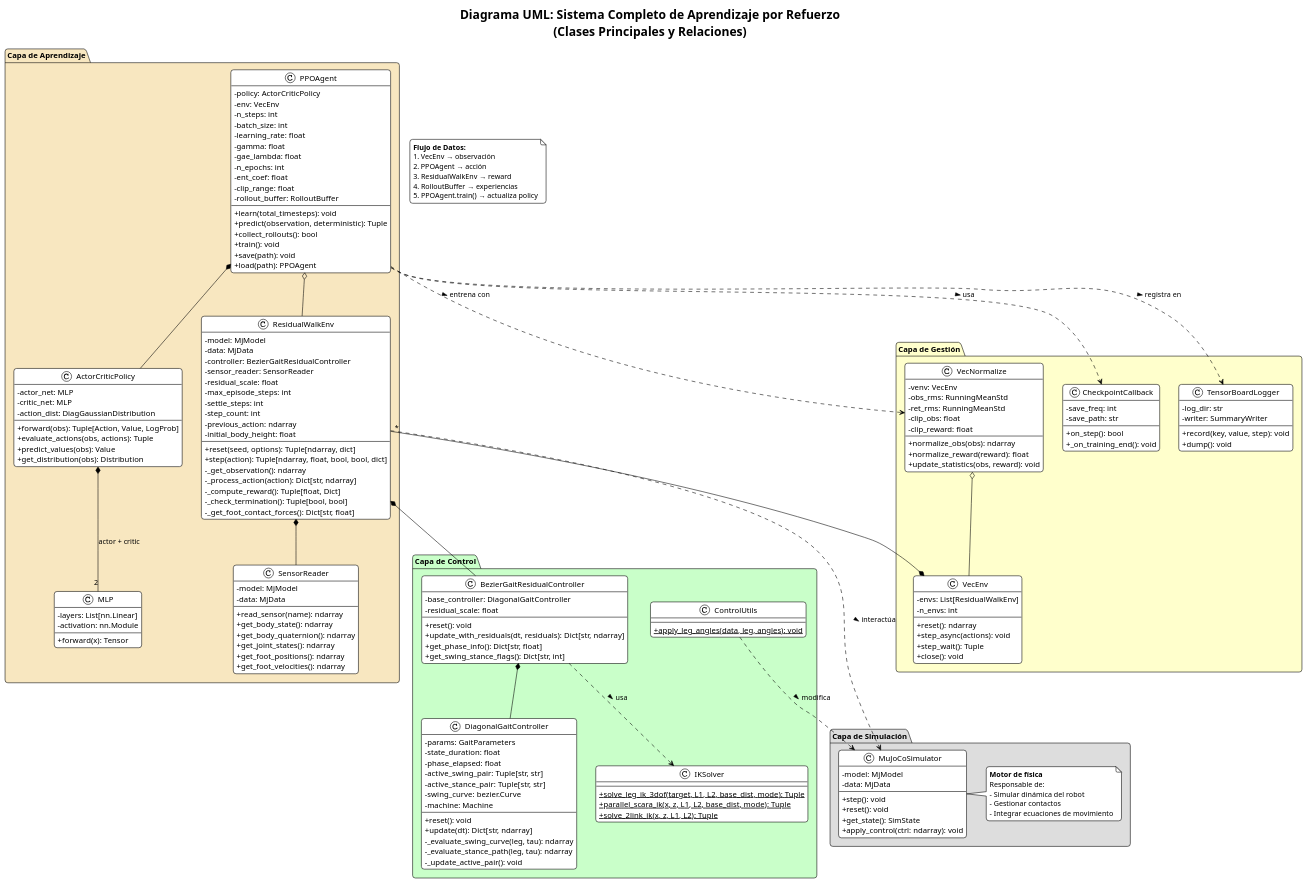
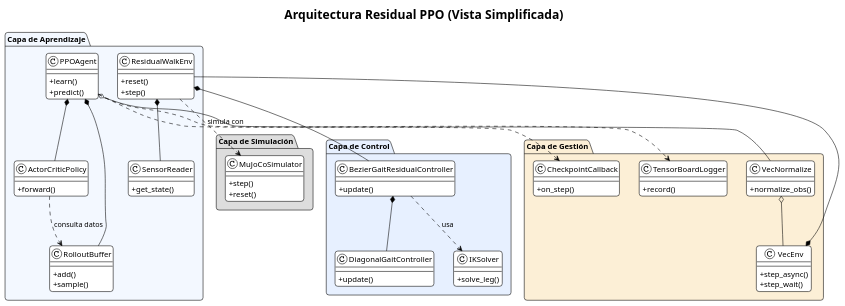
The diagram in uml_diagrams/02_sistema_completo.puml (stm32f303ret6/tesis), drawn with PlantUML before and after one commit. The commit also changed 6 other files, not shown here.

Commit message:
uml resumidos y updated

```diff
--- a/uml_diagrams/02_sistema_completo.puml
+++ b/uml_diagrams/02_sistema_completo.puml
@@ -1,200 +1,88 @@
 @startuml Sistema_Completo_RL
 !theme plain
 skinparam classAttributeIconSize 0
 skinparam roundcorner 10
+skinparam shadowing false
 
-title Diagrama UML: Sistema Completo de Aprendizaje por Refuerzo\n(Clases Principales y Relaciones)
+title Arquitectura Residual PPO (Vista Simplificada)
 
 package "Capa de Simulación" #DDDDDD {
     class MuJoCoSimulator {
-        - model: MjModel
-        - data: MjData
-        --
-        + step(): void
-        + reset(): void
-        + get_state(): SimState
-        + apply_control(ctrl: ndarray): void
+        + step()
+        + reset()
     }
-
-    note right of MuJoCoSimulator
-        **Motor de física**
-        Responsable de:
-        - Simular dinámica del robot
-        - Gestionar contactos
-        - Integrar ecuaciones de movimiento
-    end note
 }
 
-package "Capa de Control" #TECHNOLOGY {
+package "Capa de Control" #E7F0FF {
     class BezierGaitResidualController {
-        - base_controller: DiagonalGaitController
-        - residual_scale: float
-        --
-        + reset(): void
-        + update_with_residuals(dt, residuals): Dict[str, ndarray]
-        + get_phase_info(): Dict[str, float]
-        + get_swing_stance_flags(): Dict[str, int]
+        + update()
     }
 
     class DiagonalGaitController {
-        - params: GaitParameters
-        - state_duration: float
-        - phase_elapsed: float
-        - active_swing_pair: Tuple[str, str]
-        - active_stance_pair: Tuple[str, str]
-        - swing_curve: bezier.Curve
-        - machine: Machine
-        --
-        + reset(): void
-        + update(dt): Dict[str, ndarray]
-        - _evaluate_swing_curve(leg, tau): ndarray
-        - _evaluate_stance_path(leg, tau): ndarray
-        - _update_active_pair(): void
+        + update()
     }
 
     class IKSolver {
-        {static} + solve_leg_ik_3dof(target, L1, L2, base_dist, mode): Tuple
-        {static} + parallel_scara_ik(x, z, L1, L2, base_dist, mode): Tuple
-        {static} + solve_2link_ik(x, z, L1, L2): Tuple
+        + solve_leg()
     }
-
-    class ControlUtils {
-        {static} + apply_leg_angles(data, leg, angles): void
-    }
-
-    BezierGaitResidualController *-- DiagonalGaitController
-    BezierGaitResidualController ..> IKSolver : usa >
-    ControlUtils ..> MuJoCoSimulator : modifica >
 }
 
-package "Capa de Aprendizaje" #STRATEGY {
+package "Capa de Aprendizaje" #F3F8FF {
     class ResidualWalkEnv {
-        - model: MjModel
-        - data: MjData
-        - controller: BezierGaitResidualController
-        - sensor_reader: SensorReader
-        - residual_scale: float
-        - max_episode_steps: int
-        - settle_steps: int
-        - step_count: int
-        - previous_action: ndarray
-        - initial_body_height: float
-        --
-        + reset(seed, options): Tuple[ndarray, dict]
-        + step(action): Tuple[ndarray, float, bool, bool, dict]
-        - _get_observation(): ndarray
-        - _process_action(action): Dict[str, ndarray]
-        - _compute_reward(): Tuple[float, Dict]
-        - _check_termination(): Tuple[bool, bool]
-        - _get_foot_contact_forces(): Dict[str, float]
+        + reset()
+        + step()
     }
 
     class SensorReader {
-        - model: MjModel
-        - data: MjData
-        --
-        + read_sensor(name): ndarray
-        + get_body_state(): ndarray
-        + get_body_quaternion(): ndarray
-        + get_joint_states(): ndarray
-        + get_foot_positions(): ndarray
-        + get_foot_velocities(): ndarray
+        + get_state()
     }
 
     class PPOAgent {
-        - policy: ActorCriticPolicy
-        - env: VecEnv
-        - n_steps: int
-        - batch_size: int
-        - learning_rate: float
-        - gamma: float
-        - gae_lambda: float
-        - n_epochs: int
-        - ent_coef: float
-        - clip_range: float
-        - rollout_buffer: RolloutBuffer
-        --
-        + learn(total_timesteps): void
-        + predict(observation, deterministic): Tuple
-        + collect_rollouts(): bool
-        + train(): void
-        + save(path): void
-        + load(path): PPOAgent
+        + learn()
+        + predict()
     }
 
     class ActorCriticPolicy {
-        - actor_net: MLP
-        - critic_net: MLP
-        - action_dist: DiagGaussianDistribution
-        --
-        + forward(obs): Tuple[Action, Value, LogProb]
-        + evaluate_actions(obs, actions): Tuple
-        + predict_values(obs): Value
-        + get_distribution(obs): Distribution
+        + forward()
     }
 
-    class MLP {
-        - layers: List[nn.Linear]
-        - activation: nn.Module
-        --
-        + forward(x): Tensor
+    class RolloutBuffer {
+        + add()
+        + sample()
     }
-
-    ResidualWalkEnv *-- BezierGaitResidualController
-    ResidualWalkEnv *-- SensorReader
-    ResidualWalkEnv ..> MuJoCoSimulator : interactúa >
-    PPOAgent *-- ActorCriticPolicy
-    PPOAgent o-- ResidualWalkEnv
-    ActorCriticPolicy *-- "2" MLP : actor + critic
 }
 
-package "Capa de Gestión" #BUSINESS {
+package "Capa de Gestión" #FCEFD6 {
     class VecEnv {
-        - envs: List[ResidualWalkEnv]
-        - n_envs: int
-        --
-        + reset(): ndarray
-        + step_async(actions): void
-        + step_wait(): Tuple
-        + close(): void
+        + step_async()
+        + step_wait()
     }
 
     class VecNormalize {
-        - venv: VecEnv
-        - obs_rms: RunningMeanStd
-        - ret_rms: RunningMeanStd
-        - clip_obs: float
-        - clip_reward: float
-        --
-        + normalize_obs(obs): ndarray
-        + normalize_reward(reward): float
-        + update_statistics(obs, reward): void
+        + normalize_obs()
     }
 
     class CheckpointCallback {
-        - save_freq: int
-        - save_path: str
-        --
-        + on_step(): bool
-        + _on_training_end(): void
+        + on_step()
     }
 
     class TensorBoardLogger {
-        - log_dir: str
-        - writer: SummaryWriter
-        --
-        + record(key, value, step): void
-        + dump(): void
+        + record()
     }
-
-    VecNormalize o-- VecEnv
-    VecEnv *-- "*" ResidualWalkEnv
-    PPOAgent ..> VecNormalize : entrena con >
-    PPOAgent ..> CheckpointCallback : usa >
-    PPOAgent ..> TensorBoardLogger : registra en >
 }
 
-' Relaciones de flujo de datos
-note "**Flujo de Datos:**\n1. VecEnv → observación\n2. PPOAgent → acción\n3. ResidualWalkEnv → reward\n4. RolloutBuffer → experiencias\n5. PPOAgent.train() → actualiza policy" as FlowNote
+BezierGaitResidualController *-- DiagonalGaitController
+BezierGaitResidualController ..> IKSolver : usa
+ResidualWalkEnv *-- BezierGaitResidualController
+ResidualWalkEnv *-- SensorReader
+ResidualWalkEnv ..> MuJoCoSimulator : simula con
+VecEnv *-- ResidualWalkEnv
+VecNormalize o-- VecEnv
+PPOAgent o-- VecNormalize
+PPOAgent *-- ActorCriticPolicy
+PPOAgent *-- RolloutBuffer
+ActorCriticPolicy ..> RolloutBuffer : consulta datos
+PPOAgent ..> CheckpointCallback
+PPOAgent ..> TensorBoardLogger
 
 @enduml
```
